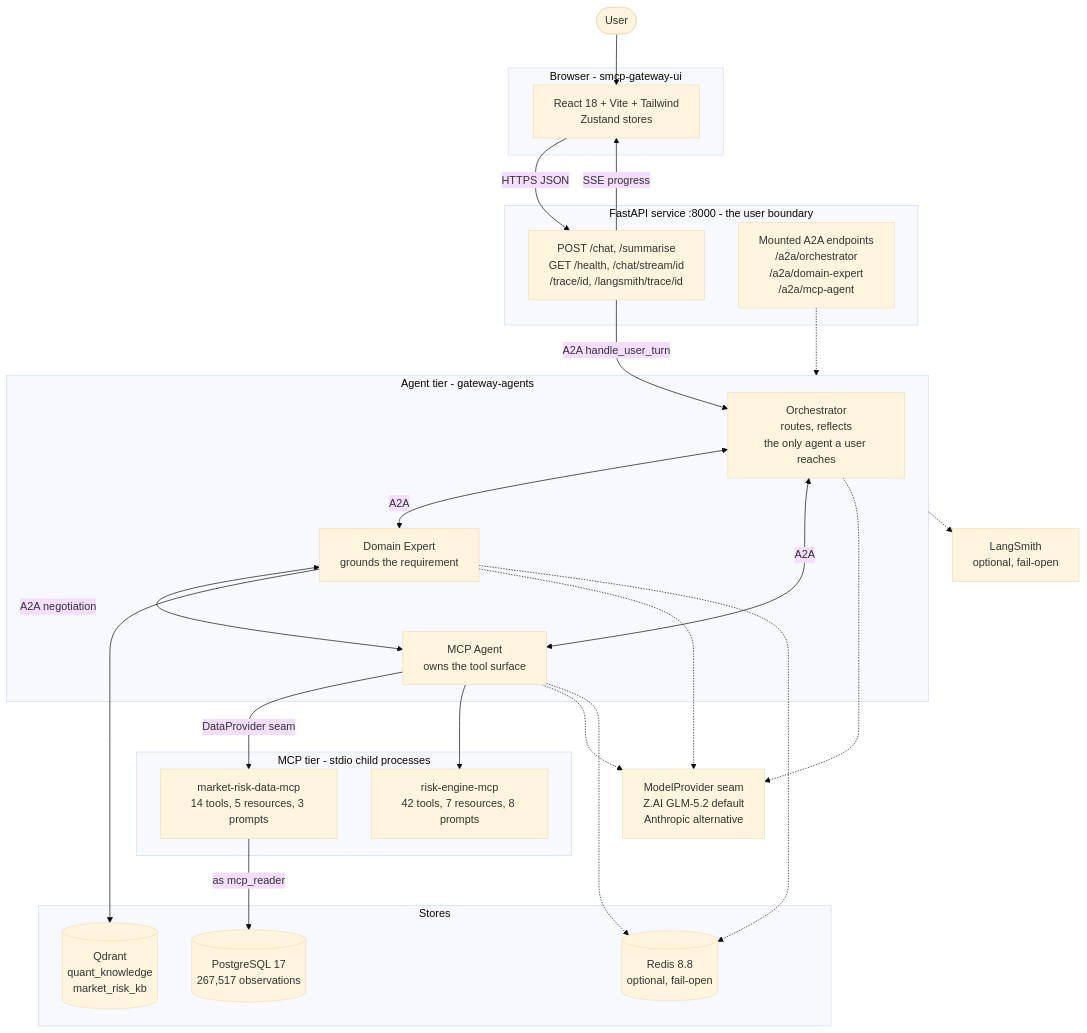
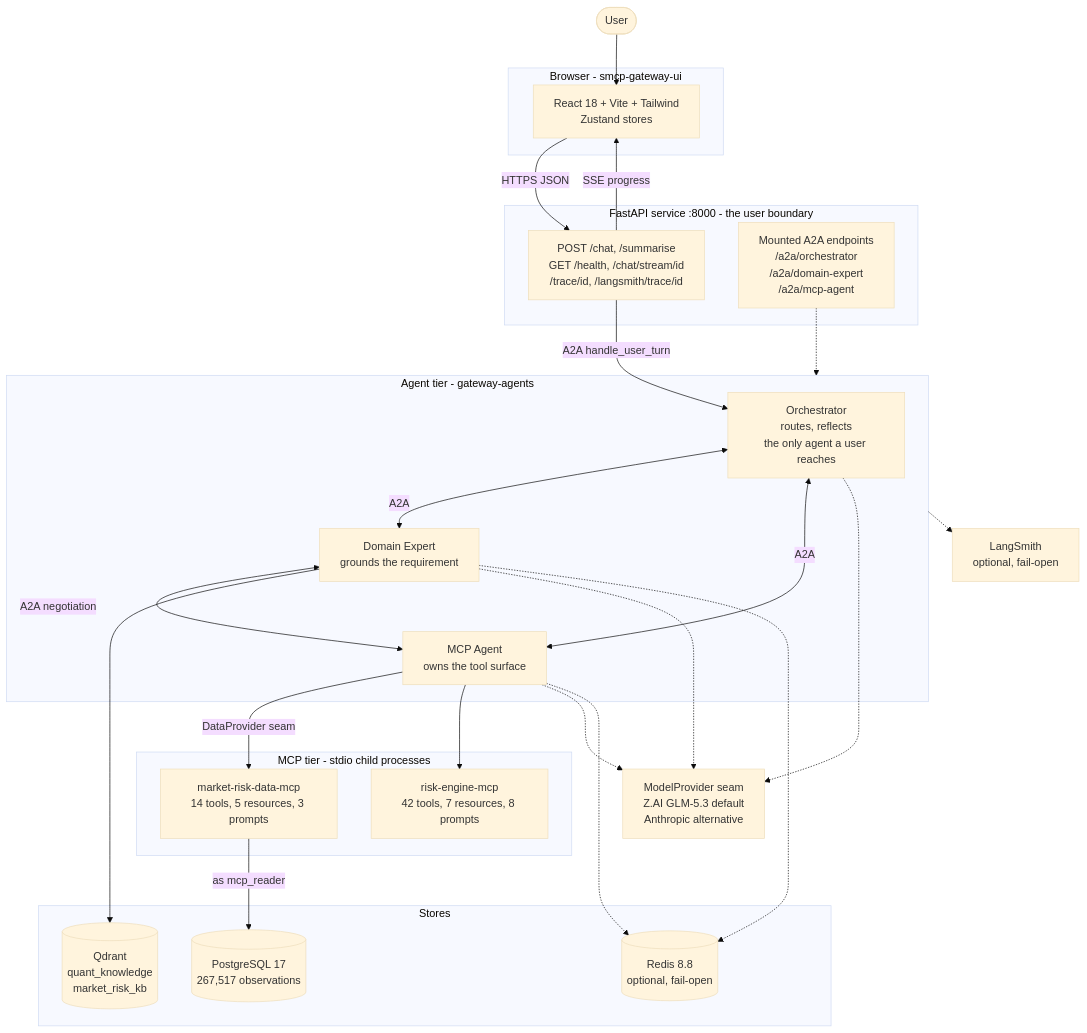
Before and after one commit to KrishnaAnnavaram/semantic-mcp-data-access-gateway: the first of 29 diagrams in README.md, drawn with Mermaid (base theme). The commit also changed other lines of this file and 12 other files, not shown here.

First line of the commit message:
feat(llm): default to glm-5.3, and make the reasoning escape hatch portable

````diff
--- a/README.md
+++ b/README.md
@@ -229,52 +229,52 @@
 ```mermaid
 flowchart TB
     U(["User"])
 
     subgraph UI["Browser - smcp-gateway-ui"]
         R["React 18 + Vite + Tailwind<br/>Zustand stores"]
     end
 
     subgraph SVC["FastAPI service :8000 - the user boundary"]
         API["POST /chat, /summarise<br/>GET /health, /chat/stream/id<br/>/trace/id, /langsmith/trace/id"]
         MOUNT["Mounted A2A endpoints<br/>/a2a/orchestrator<br/>/a2a/domain-expert<br/>/a2a/mcp-agent"]
     end
 
     subgraph AG["Agent tier - gateway-agents"]
         ORCH["Orchestrator<br/>routes, reflects<br/>the only agent a user reaches"]
         DE["Domain Expert<br/>grounds the requirement"]
         MA["MCP Agent<br/>owns the tool surface"]
     end
 
     subgraph MCPL["MCP tier - stdio child processes"]
         DS["market-risk-data-mcp<br/>14 tools, 5 resources, 3 prompts"]
         RS["risk-engine-mcp<br/>42 tools, 7 resources, 8 prompts"]
     end
 
     subgraph DATA["Stores"]
         PG[("PostgreSQL 17<br/>267,517 observations")]
         QD[("Qdrant<br/>quant_knowledge<br/>market_risk_kb")]
         RD[("Redis 8.8<br/>optional, fail-open")]
     end
 
-    LLM["ModelProvider seam<br/>Z.AI GLM-5.2 default<br/>Anthropic alternative"]
+    LLM["ModelProvider seam<br/>Z.AI GLM-5.3 default<br/>Anthropic alternative"]
     LS["LangSmith<br/>optional, fail-open"]
 
     U --> R
     R -->|"HTTPS JSON"| API
     API -->|"A2A handle_user_turn"| ORCH
     ORCH <-->|"A2A"| DE
     ORCH <-->|"A2A"| MA
     DE <-->|"A2A negotiation"| MA
     DE --> QD
     MA -->|"DataProvider seam"| DS
     MA --> RS
     DS -->|"as mcp_reader"| PG
     ORCH -.-> LLM
     DE -.-> LLM
     MA -.-> LLM
     DE -.-> RD
     MA -.-> RD
     AG -.-> LS
     MOUNT -.-> AG
     API -->|"SSE progress"| R
 ```
````
